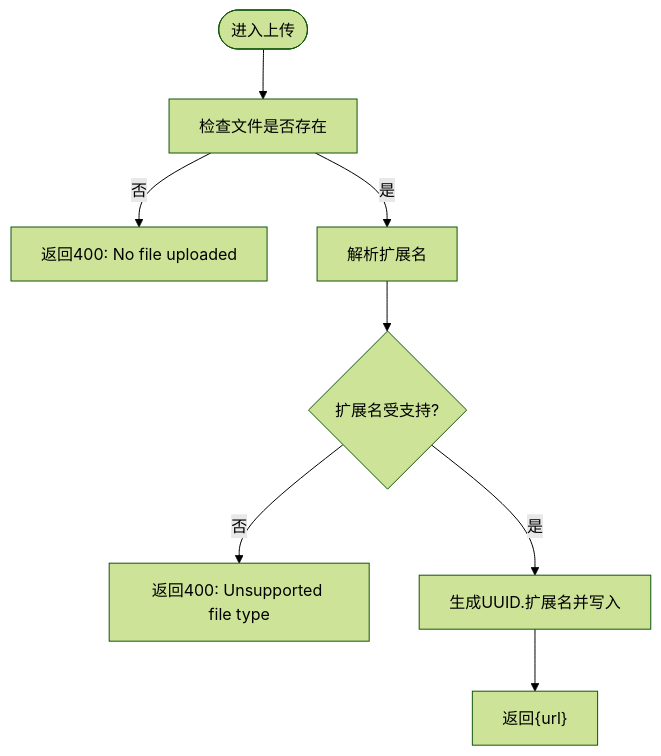
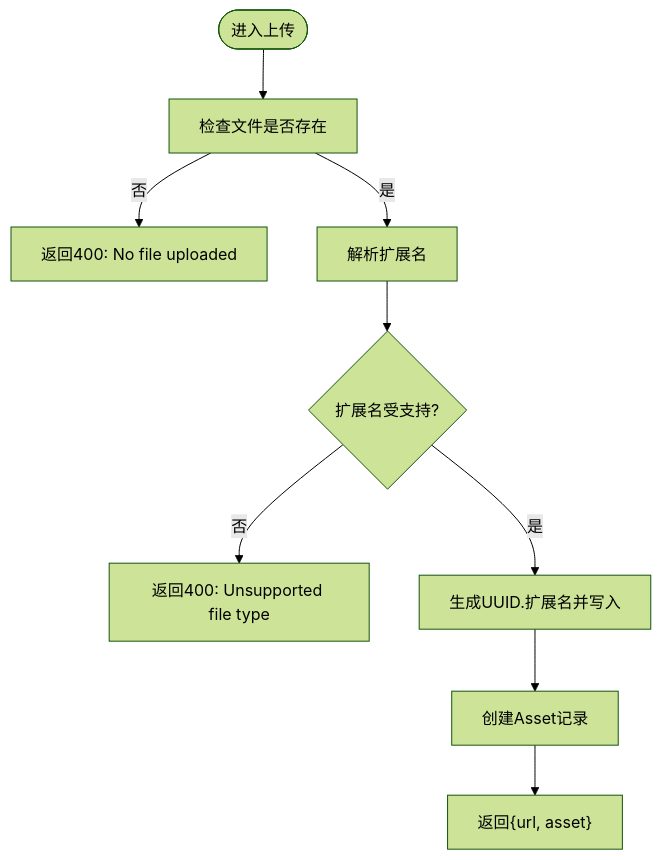
The third of 7 diagrams in .qoder/repowiki/zh/content/后端服务架构/API路由层/媒体处理路由.md (KunLabAI/KunFlix), drawn with Mermaid (forest theme) before and after one commit. The commit also changed other lines of this file and 20 other files, not shown here.

````diff
--- a/.qoder/repowiki/zh/content/后端服务架构/API路由层/媒体处理路由.md
+++ b/.qoder/repowiki/zh/content/后端服务架构/API路由层/媒体处理路由.md
@@ -196,10 +243,11 @@
 ```mermaid
 flowchart TD
 Start(["进入上传"]) --> CheckFile["检查文件是否存在"]
 CheckFile --> |否| E400a["返回400: No file uploaded"]
 CheckFile --> |是| Ext["解析扩展名"]
 Ext --> ValidExt{"扩展名受支持?"}
 ValidExt --> |否| E400b["返回400: Unsupported file type"]
 ValidExt --> |是| Save["生成UUID.扩展名并写入"]
-Save --> Ok["返回{url}"]
+Save --> CreateAsset["创建Asset记录"]
+CreateAsset --> Ok["返回{url, asset}"]
 ```
````
